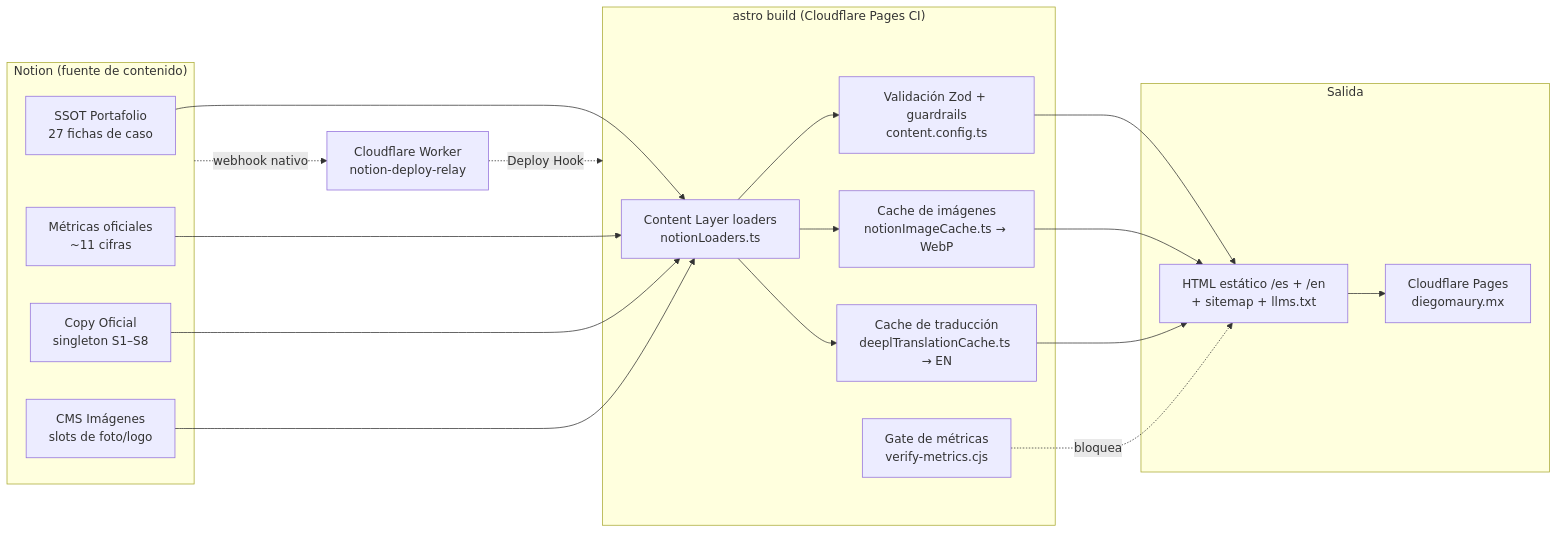
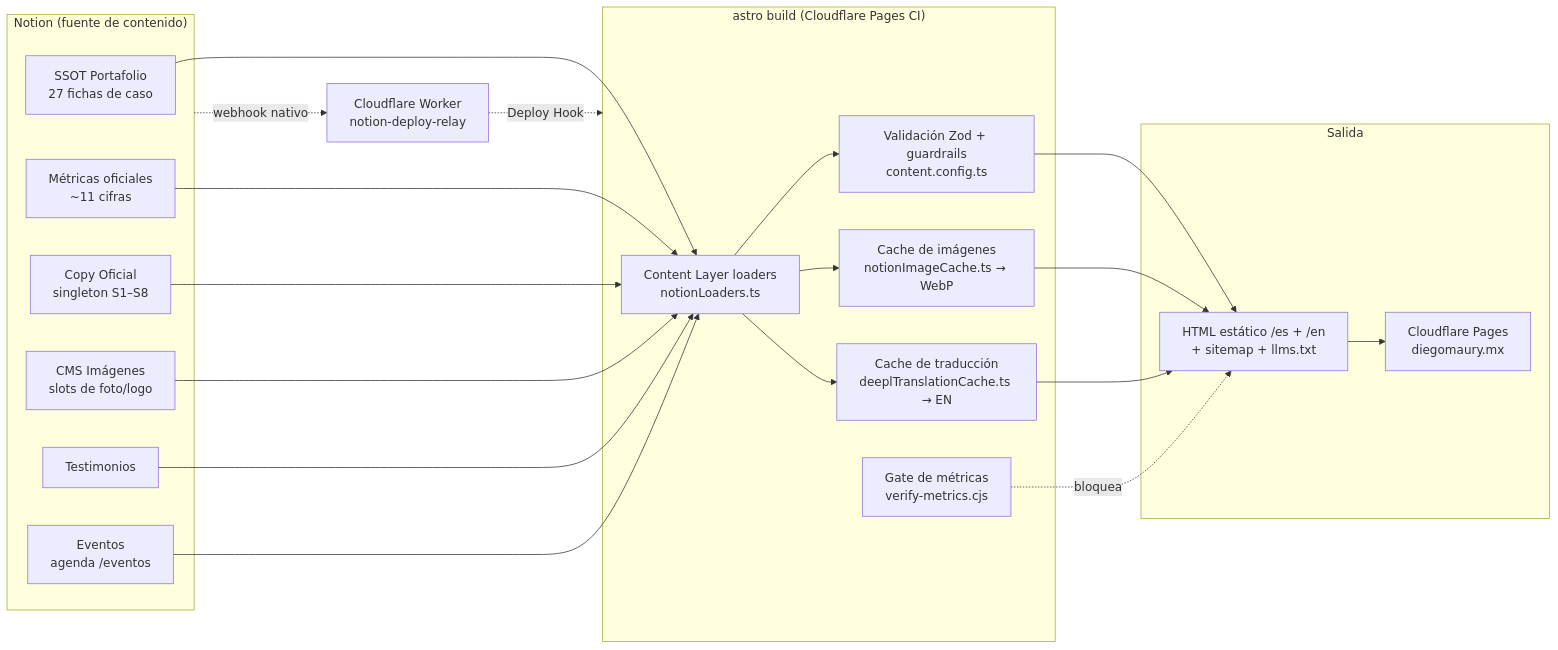
Before and after one commit to diegomaury-mx/notion-cms: the diagram in README.md, drawn with Mermaid. The commit also changed other lines of this file and 10 other files, not shown here.

````diff
--- a/README.md
+++ b/README.md
@@ -18,30 +18,32 @@
 ```mermaid
 flowchart LR
   subgraph Notion["Notion (fuente de contenido)"]
     C[SSOT Portafolio<br/>27 fichas de caso]
     M[Métricas oficiales<br/>~11 cifras]
     S[Copy Oficial<br/>singleton S1–S8]
     I[CMS Imágenes<br/>slots de foto/logo]
+    TE[Testimonios]
+    E[Eventos<br/>agenda /eventos]
   end
 
   subgraph Build["astro build (Cloudflare Pages CI)"]
     L[Content Layer loaders<br/>notionLoaders.ts]
     IC[Cache de imágenes<br/>notionImageCache.ts → WebP]
     T[Cache de traducción<br/>deeplTranslationCache.ts → EN]
     Z[Validación Zod + guardrails<br/>content.config.ts]
     G[Gate de métricas<br/>verify-metrics.cjs]
   end
 
   subgraph Out["Salida"]
     H[HTML estático /es + /en<br/>+ sitemap + llms.txt]
     CF[Cloudflare Pages<br/>diegomaury.mx]
   end
 
-  C & M & S & I --> L --> Z --> H --> CF
+  C & M & S & I & TE & E --> L --> Z --> H --> CF
   L --> IC --> H
   L --> T --> H
   G -.bloquea.-> H
 
   W[Cloudflare Worker<br/>notion-deploy-relay]
   Notion -. webhook nativo .-> W -. Deploy Hook .-> Build
 ```
````
